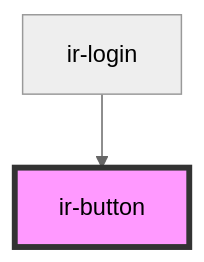
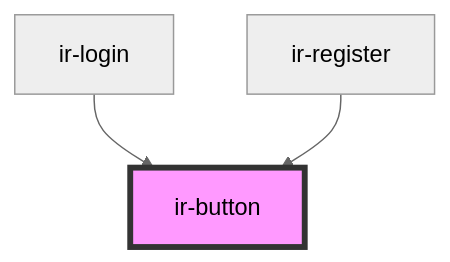
One commit to David1Chowaifaty/assignment-2-web-c changed the diagram in src/components/ir-button/readme.md. Above: the diagram before and after it, drawn with Mermaid (neutral theme). The commit also changed other lines of this file and 8 other files, not shown here.

````diff
--- a/src/components/ir-button/readme.md
+++ b/src/components/ir-button/readme.md
@@ -36,5 +37,6 @@
 ```mermaid
 graph TD;
   ir-login --> ir-button
+  ir-register --> ir-button
   style ir-button fill:#f9f,stroke:#333,stroke-width:4px
 ```
````
